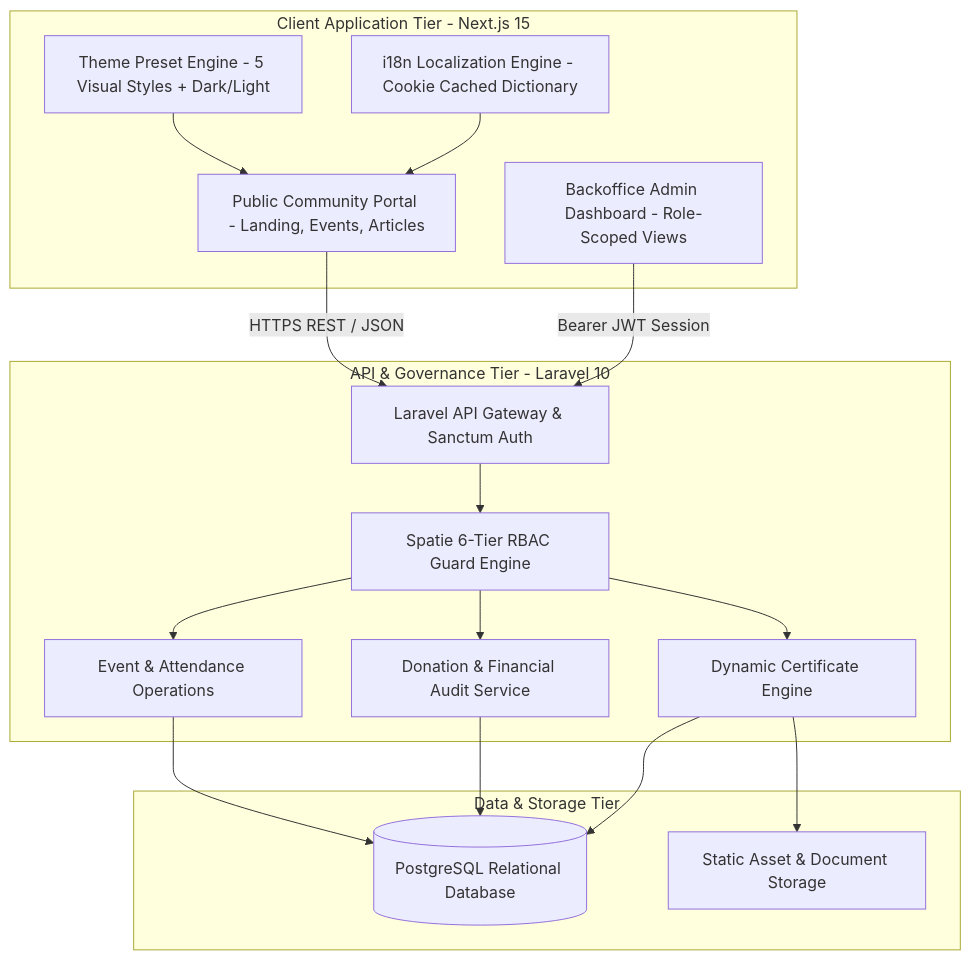
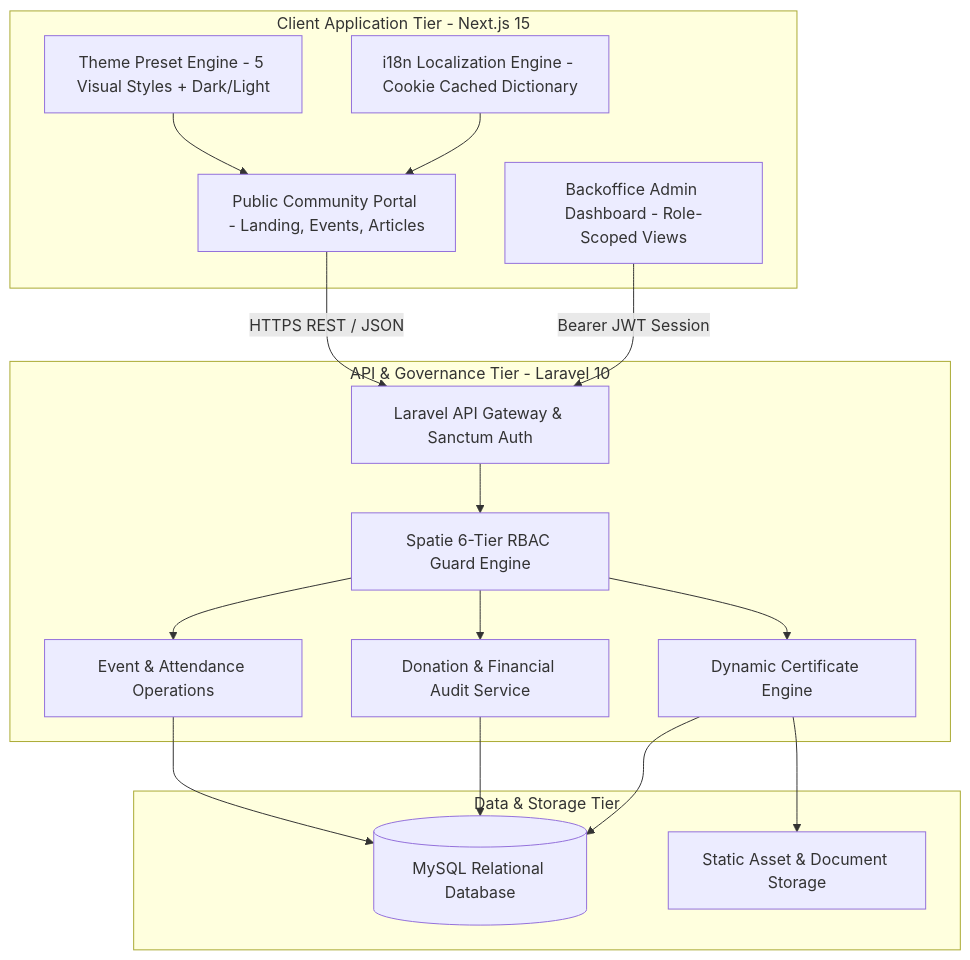
One commit to bayurkp/bayurkp.github.io changed the second of 2 diagrams in src/content/projects/ksh-platform.md. Above: the diagram before and after it, drawn with Mermaid. The commit also changed other lines of this file and 24 other files, not shown here.

````diff
--- a/src/content/projects/ksh-platform.md
+++ b/src/content/projects/ksh-platform.md
@@ -70,35 +60,35 @@
 ```mermaid
 graph TD
     subgraph Client Application Tier - Next.js 15
         A[Public Community Portal - Landing, Events, Articles]
         B[Backoffice Admin Dashboard - Role-Scoped Views]
         C[Theme Preset Engine - 5 Visual Styles + Dark/Light]
         D[i18n Localization Engine - Cookie Cached Dictionary]
     end
 
     subgraph API & Governance Tier - Laravel 10
         E[Laravel API Gateway & Sanctum Auth]
         F[Spatie 6-Tier RBAC Guard Engine]
         G[Event & Attendance Operations]
         H[Donation & Financial Audit Service]
         I[Dynamic Certificate Engine]
     end
 
     subgraph Data & Storage Tier
-        J[(PostgreSQL Relational Database)]
+        J[(MySQL Relational Database)]
         K[Static Asset & Document Storage]
     end
 
     A -->|HTTPS REST / JSON| E
     B -->|Bearer JWT Session| E
     C --> A
     D --> A
     E --> F
     F --> G
     F --> H
     F --> I
     G --> J
     H --> J
     I --> J
     I --> K
 ```
````
